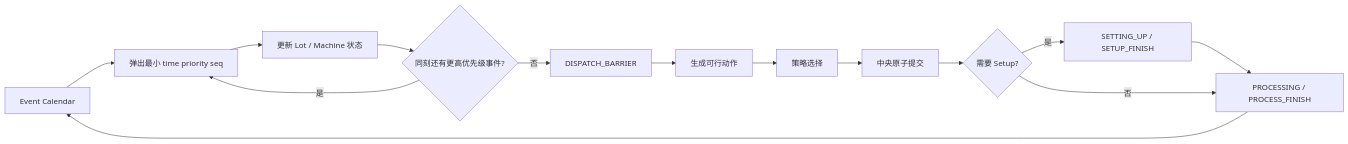
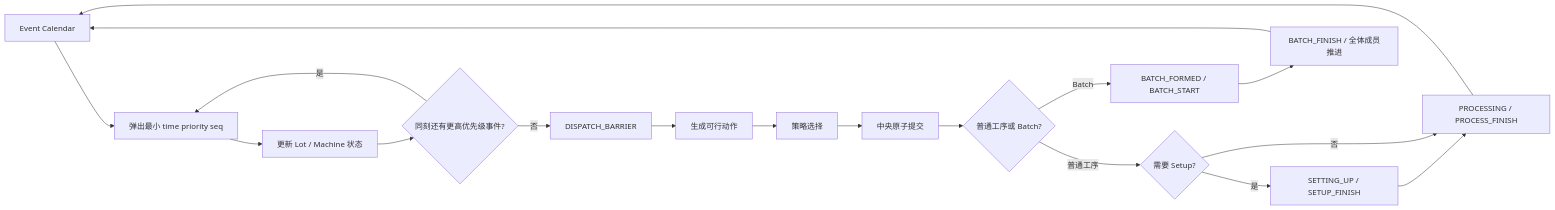
The diagram in docs/des-architecture.md (Jamlet-T/semiconductor-scheduling-course-design), drawn with Mermaid before and after one commit. The commit also changed other lines of this file and 15 other files, not shown here.

````diff
--- a/docs/des-architecture.md
+++ b/docs/des-architecture.md
@@ -24,16 +25,20 @@
 ```mermaid
 flowchart LR
     A[Event Calendar] --> B[弹出最小 time priority seq]
     B --> C[更新 Lot / Machine 状态]
     C --> D{同刻还有更高优先级事件?}
     D -- 是 --> B
     D -- 否 --> E[DISPATCH_BARRIER]
     E --> F[生成可行动作]
     F --> G[策略选择]
     G --> H[中央原子提交]
-    H --> I{需要 Setup?}
-    I -- 是 --> J[SETTING_UP / SETUP_FINISH]
-    J --> K[PROCESSING / PROCESS_FINISH]
-    I -- 否 --> K
+    H --> I{普通工序或 Batch?}
+    I -- 普通工序 --> J{需要 Setup?}
+    J -- 是 --> L[SETTING_UP / SETUP_FINISH]
+    L --> K[PROCESSING / PROCESS_FINISH]
+    J -- 否 --> K
+    I -- Batch --> M[BATCH_FORMED / BATCH_START]
+    M --> N[BATCH_FINISH / 全体成员推进]
+    N --> A
     K --> A
 ```
````
